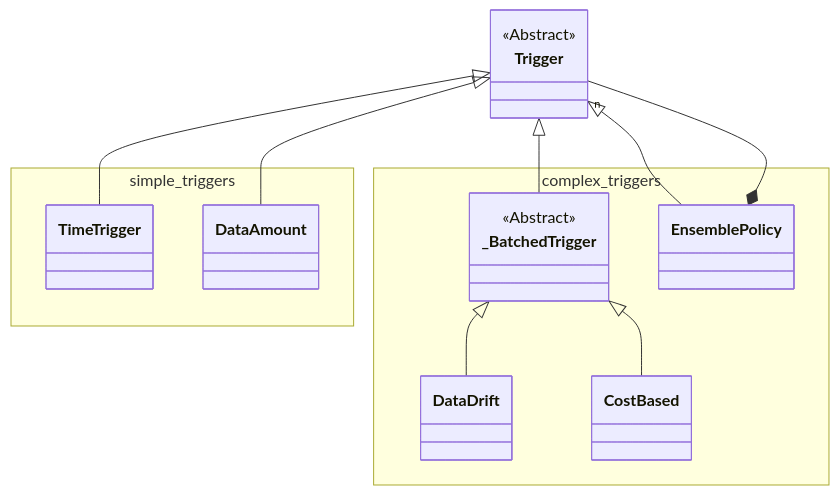
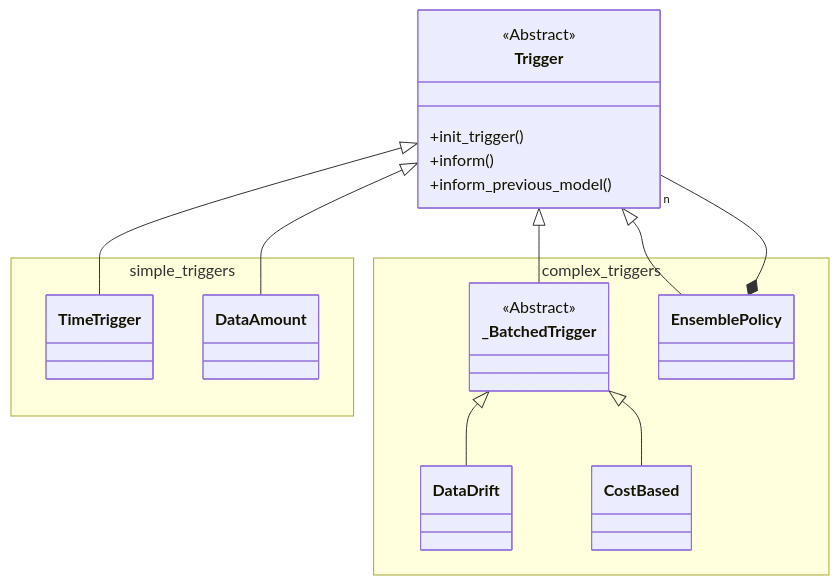
One commit to eth-easl/modyn changed the diagram in docs/pipeline/TRIGGERING.md. Above: the diagram before and after it, drawn with Mermaid. The commit also changed 4 other files, not shown here.

````diff
--- a/docs/pipeline/TRIGGERING.md
+++ b/docs/pipeline/TRIGGERING.md
@@ -14,46 +14,47 @@
 ```mermaid
-
 classDiagram
     class Trigger {
         <<Abstract>>
+        +init_trigger()
+        +inform()
+        +inform_previous_model()
     }
 
     namespace simple_triggers {
 
         class TimeTrigger {
         }
 
         class DataAmount {
         }
 
     }
 
     namespace complex_triggers {
 
         class DataDrift {
         }
 
         class CostBased {
         }
 
         class _BatchedTrigger {
             <<Abstract>>
         }
 
         class EnsemblePolicy {
         }
 
     }
 
     Trigger <|-- _BatchedTrigger
     Trigger <|-- EnsemblePolicy
 
     Trigger <|-- TimeTrigger
     Trigger <|-- DataAmount
     
     _BatchedTrigger <|-- DataDrift
     _BatchedTrigger <|-- CostBased
 
     EnsemblePolicy *-- "n" Trigger
-
 ```
````
